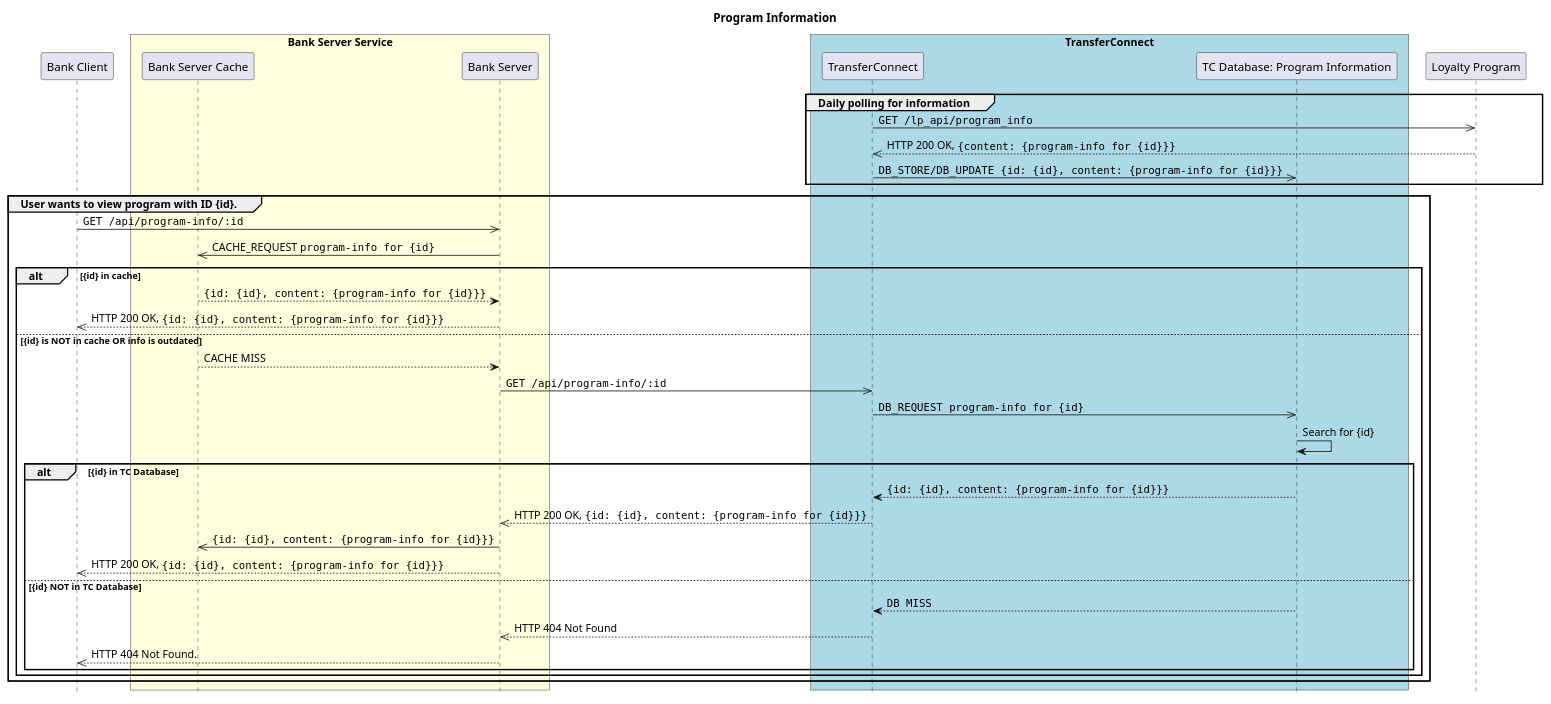
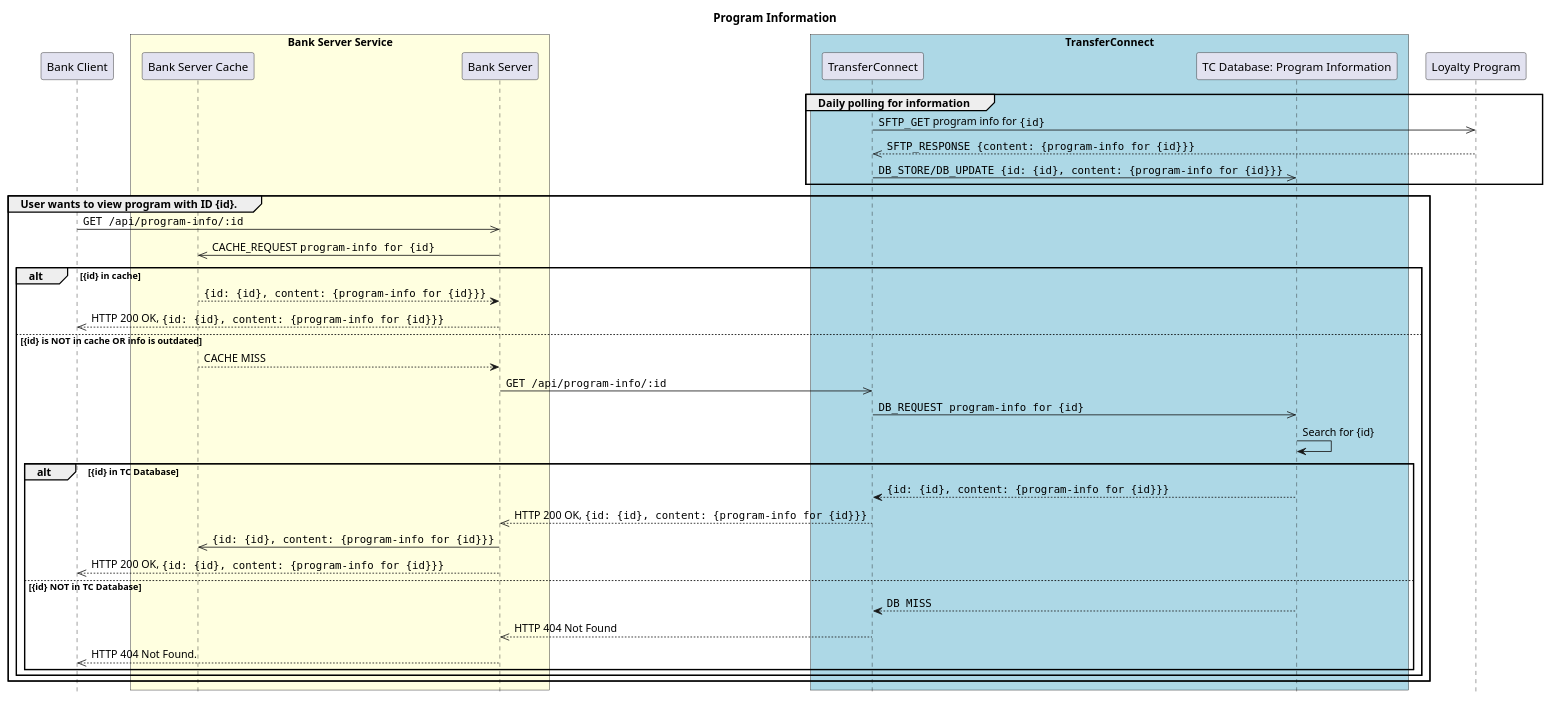
Before and after one commit to Rye123/esc-transferconnect: the diagram in diagrams/program-info.puml, drawn with PlantUML. The commit also changed 1 other file, not shown here.

Commit message:
fix: modify Program Info diagram

```diff
--- a/diagrams/program-info.puml
+++ b/diagrams/program-info.puml
@@ -1,52 +1,52 @@
 @startuml Program Information Sequence Diagram
 skinparam ParticipantPadding 10
 skinparam BoxPadding 5
 
 hide footbox
 title **Program Information**
 
 participant BankClient as "Bank Client"
 
 box "Bank Server Service" #LightYellow
   participant BankCache as "Bank Server Cache"
   participant BankServer as "Bank Server"
 end box
 
 box "TransferConnect" #LightBlue
   participant TransferConnect as "TransferConnect"
   participant TCInfoDB as "TC Database: Program Information"
 end box
 
 participant LoyaltyProgram as "Loyalty Program"
 
 group Daily polling for information
-  TransferConnect ->> LoyaltyProgram: ""GET /lp_api/program_info""
-  TransferConnect <<-- LoyaltyProgram: HTTP 200 OK, ""{content: {program-info for {id}}}""
+  TransferConnect ->> LoyaltyProgram: ""SFTP_GET"" program info for ""{id}""
+  TransferConnect <<-- LoyaltyProgram: ""SFTP_RESPONSE {content: {program-info for {id}}}""
   TransferConnect ->> TCInfoDB: ""DB_STORE/DB_UPDATE {id: {id}, content: {program-info for {id}}}""
 end
 
 group User wants to view program with ID {id}.
   BankClient ->> BankServer: ""GET /api/program-info/:id""
 
   BankCache <<- BankServer: CACHE_REQUEST ""program-info for {id}""
   alt {id} in cache
     BankCache --> BankServer: ""{id: {id}, content: {program-info for {id}}}""
     BankClient <<-- BankServer: HTTP 200 OK, ""{id: {id}, content: {program-info for {id}}}""
   else {id} is NOT in cache OR info is outdated
     BankCache --> BankServer: CACHE MISS
     BankServer ->> TransferConnect: ""GET /api/program-info/:id""
     TransferConnect ->> TCInfoDB: ""DB_REQUEST program-info for {id}""
     TCInfoDB -> TCInfoDB: Search for {id}
     alt {id} in TC Database
       TransferConnect <-- TCInfoDB: ""{id: {id}, content: {program-info for {id}}}""
       BankServer <<-- TransferConnect: HTTP 200 OK, ""{id: {id}, content: {program-info for {id}}}""
       BankCache <<- BankServer: ""{id: {id}, content: {program-info for {id}}}""
       BankClient <<-- BankServer: HTTP 200 OK, ""{id: {id}, content: {program-info for {id}}}""
     else {id} NOT in TC Database
       TransferConnect <-- TCInfoDB: ""DB MISS""
       BankServer <<-- TransferConnect: HTTP 404 Not Found
       BankClient <<-- BankServer: HTTP 404 Not Found.
     end
   end
 end
 @enduml
```
